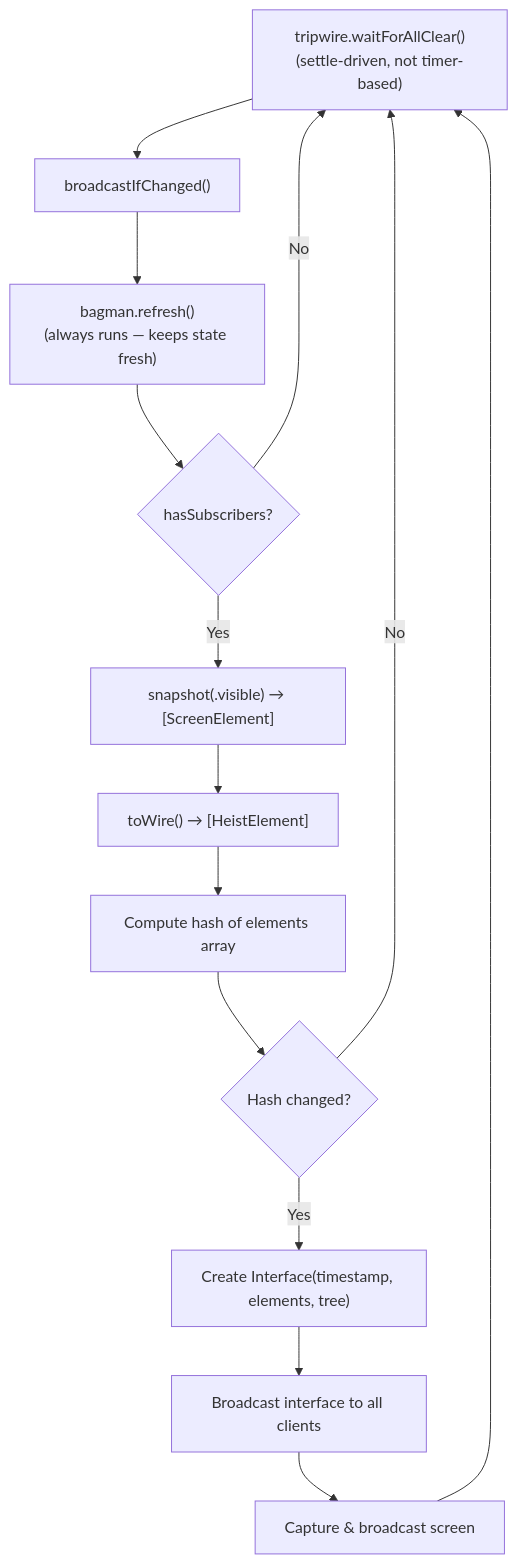
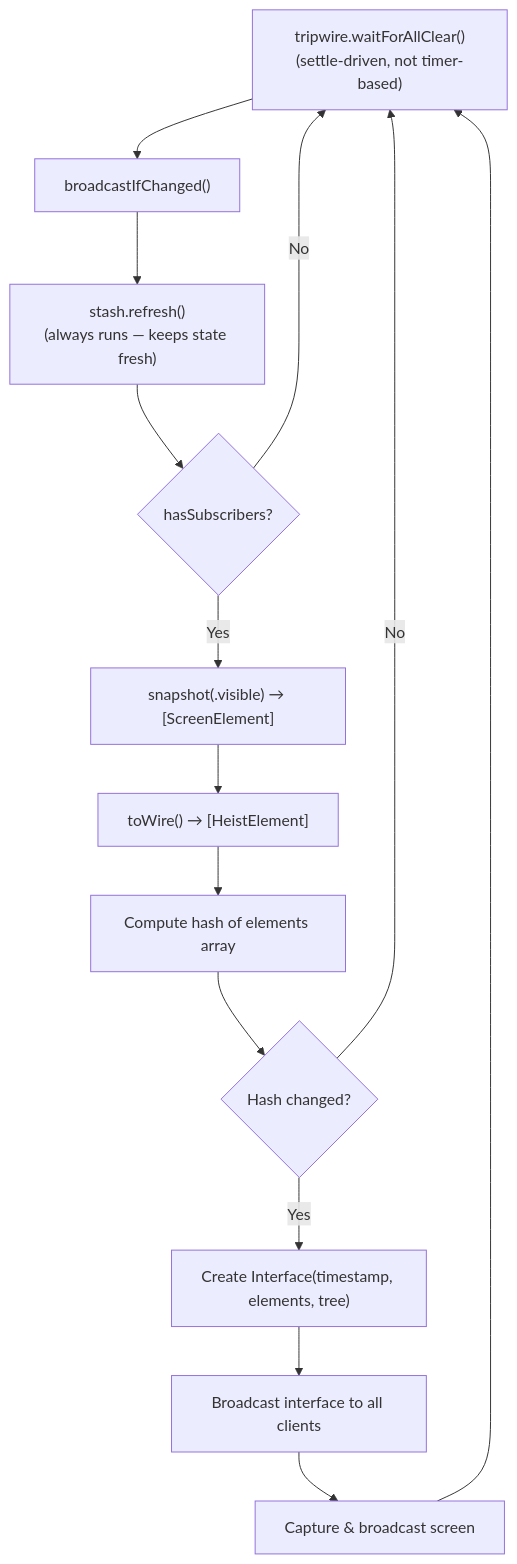
The eighth of 10 diagrams in docs/ARCHITECTURE.md (RoyalPineapple/TheButtonHeist), drawn with Mermaid before and after one commit. The commit also changed other lines of this file and 7 other files, not shown here.

````diff
--- a/docs/ARCHITECTURE.md
+++ b/docs/ARCHITECTURE.md
@@ -558,16 +558,16 @@
 ```mermaid
 flowchart TD
     A["tripwire.waitForAllClear()<br>(settle-driven, not timer-based)"] --> B["broadcastIfChanged()"]
-    B --> B2["bagman.refresh()<br/>(always runs — keeps state fresh)"]
+    B --> B2["stash.refresh()<br/>(always runs — keeps state fresh)"]
     B2 --> B1{"hasSubscribers?"}
     B1 -->|No| A
     B1 -->|Yes| E["snapshot(.visible) → [ScreenElement]"]
     E --> F["toWire() → [HeistElement]"]
     F --> G["Compute hash of elements array"]
     G --> H{"Hash changed?"}
     H -->|No| A
     H -->|Yes| I["Create Interface(timestamp, elements, tree)"]
     I --> J["Broadcast interface to all clients"]
     J --> K["Capture & broadcast screen"]
     K --> A
 ```
````
